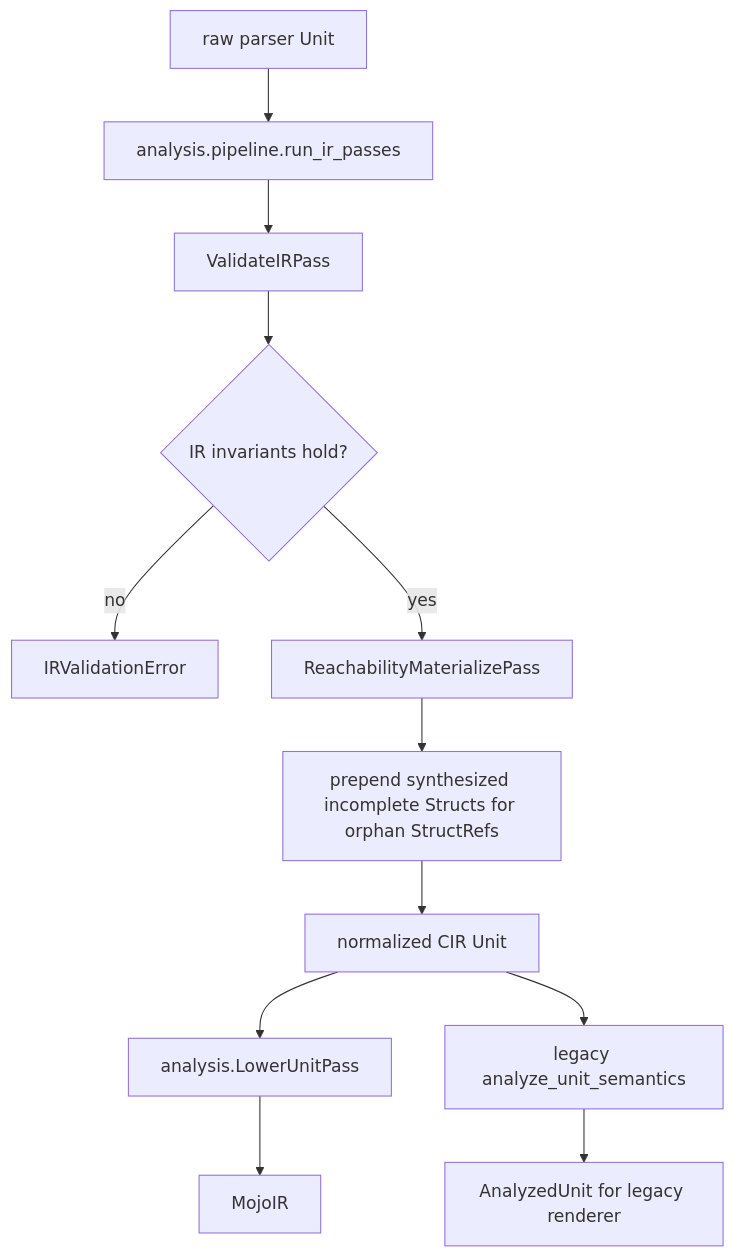
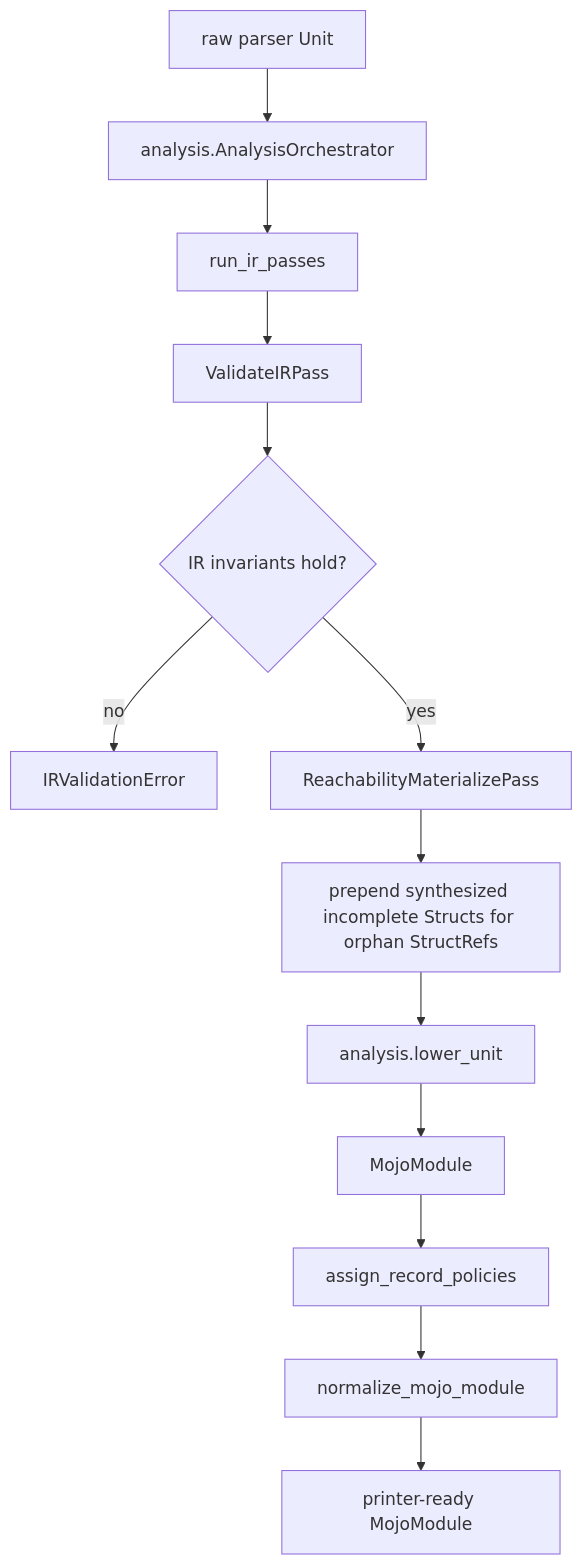
One commit to MoSafi2/mojo_bindgen changed the diagram in docs/cir_passes_pipeline.md. Above: the diagram before and after it, drawn with Mermaid. The commit also changed other lines of this file and 9 other files, not shown here.

Commit message:
folded pipeline into orchestrator, update architecture docs

````diff
--- a/docs/cir_passes_pipeline.md
+++ b/docs/cir_passes_pipeline.md
@@ -8,16 +8,15 @@
 ```mermaid
 flowchart TD
-    A[raw parser Unit] --> B[analysis.pipeline.run_ir_passes]
-    B --> C[ValidateIRPass]
-    C --> D{IR invariants hold?}
-    D -->|no| E[IRValidationError]
-    D -->|yes| F[ReachabilityMaterializePass]
-    F --> G[prepend synthesized incomplete Structs for orphan StructRefs]
-    G --> H[normalized CIR Unit]
-
-    H --> I[analysis.LowerUnitPass]
-    H --> J[legacy analyze_unit_semantics]
-
-    I --> K[MojoIR]
-    J --> L[AnalyzedUnit for legacy renderer]
+    A[raw parser Unit] --> B[analysis.AnalysisOrchestrator]
+    B --> C[run_ir_passes]
+    C --> D[ValidateIRPass]
+    D --> E{IR invariants hold?}
+    E -->|no| F[IRValidationError]
+    E -->|yes| G[ReachabilityMaterializePass]
+    G --> H[prepend synthesized incomplete Structs for orphan StructRefs]
+    H --> I[analysis.lower_unit]
+    I --> J[MojoModule]
+    J --> K[assign_record_policies]
+    K --> L[normalize_mojo_module]
+    L --> M[printer-ready MojoModule]
 ```
````
